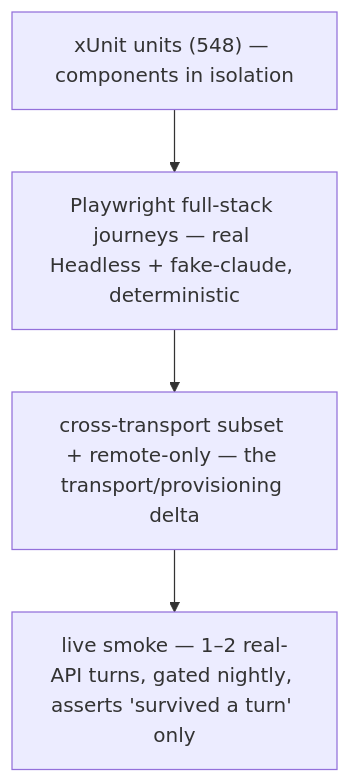
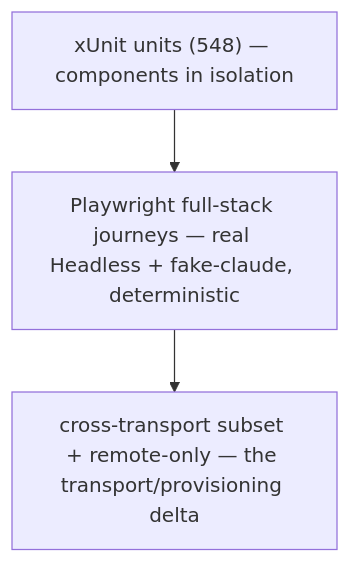
Before and after one commit to Kapps/weavie: the second of 2 diagrams in docs/specs/integration-testing-strategy.md, drawn with Mermaid. The commit also changed other lines of this file and 7 other files, not shown here.

First line of the commit message:
test(e2e): drop live-smoke + nightly; harden palette helper

````diff
--- a/docs/specs/integration-testing-strategy.md
+++ b/docs/specs/integration-testing-strategy.md
@@ -98,8 +98,7 @@
 ```mermaid
 flowchart TB
   U["xUnit units (548) — components in isolation"]
   F["Playwright full-stack journeys — real Headless + fake-claude, deterministic"]
   X["cross-transport subset + remote-only — the transport/provisioning delta"]
-  L["live smoke — 1–2 real-API turns, gated nightly, asserts 'survived a turn' only"]
-  U --> F --> X --> L
+  U --> F --> X
 ```
````
